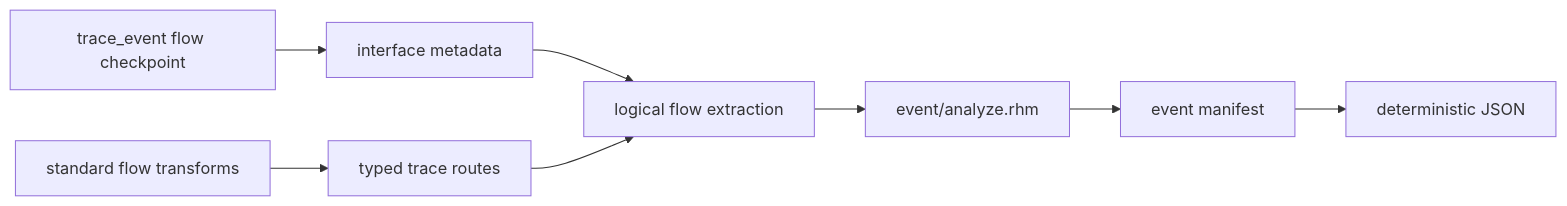
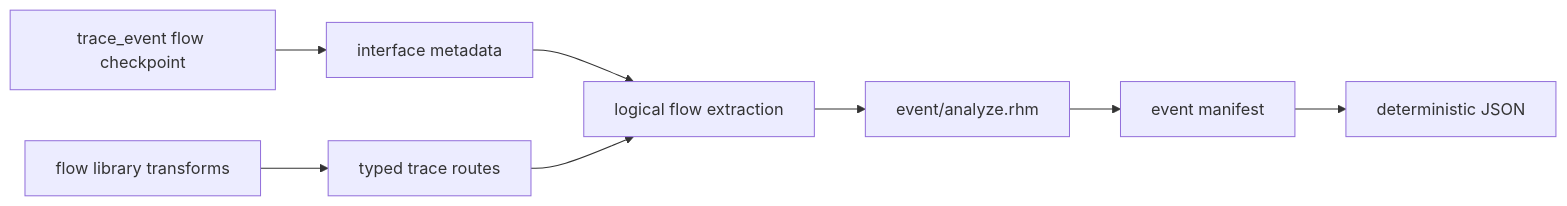
The diagram in rhodium/event/DEVELOPING.md (jerryz123/rhodium), drawn with Mermaid before and after one commit. The commit also changed other lines of this file and 147 other files, not shown here.

Commit message:
refactor flow

````diff
--- a/rhodium/event/DEVELOPING.md
+++ b/rhodium/event/DEVELOPING.md
@@ -12,10 +12,10 @@
 ```mermaid
 flowchart LR
   Author["trace_event flow checkpoint"] --> Interface["interface metadata"]
-  Flow["standard flow transforms"] --> Trace["typed trace routes"]
+  Flow["flow library transforms"] --> Trace["typed trace routes"]
   Interface --> Diagram["logical flow extraction"]
   Trace --> Diagram
   Diagram --> Analyze["event/analyze.rhm"]
   Analyze --> Model["event manifest"]
   Model --> JSON["deterministic JSON"]
 ```
````
